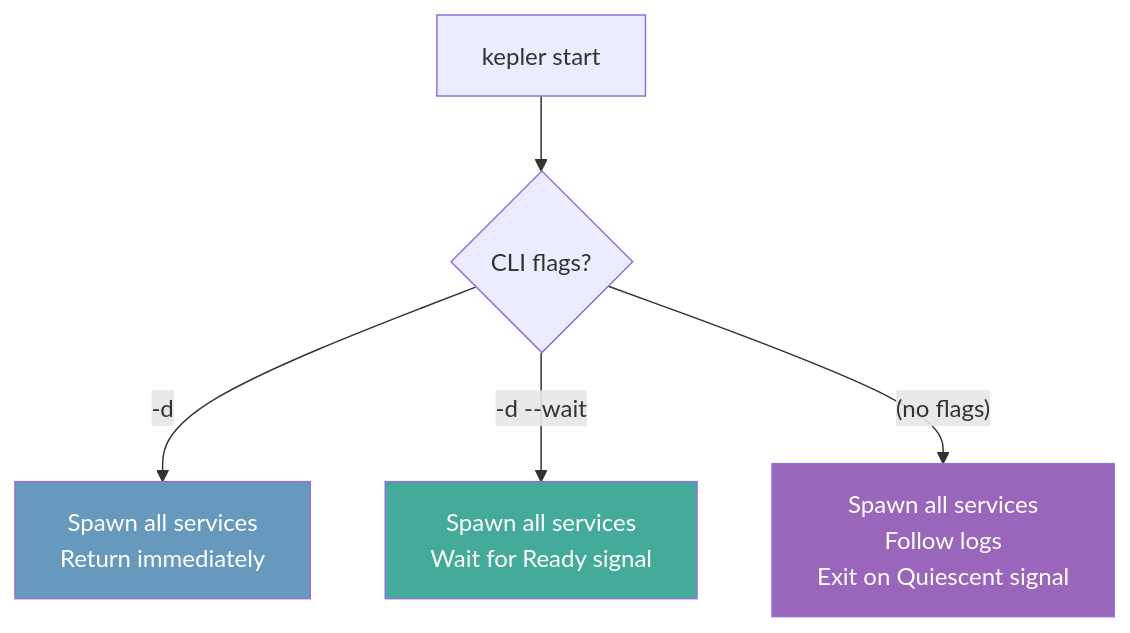
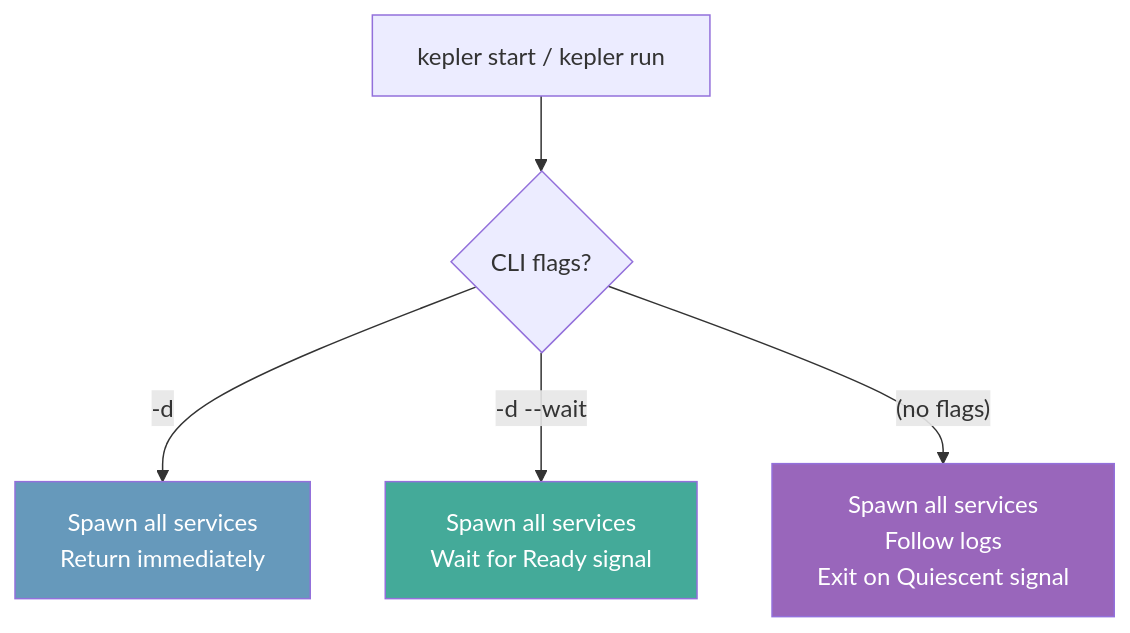
The eighth of 12 diagrams in docs/architecture.md (maleus-ai/kepler), drawn with Mermaid before and after one commit. The commit also changed other lines of this file and 34 other files, not shown here.

Commit message:
Add kepler run command

````diff
--- a/docs/architecture.md
+++ b/docs/architecture.md
@@ -353,15 +387,15 @@
 ```mermaid
 flowchart TD
-    Start["kepler start"] --> Mode{"CLI flags?"}
+    Start["kepler start / kepler run"] --> Mode{"CLI flags?"}
     Mode -->|"-d"| Detached["Spawn all services
     Return immediately"]
     Mode -->|"-d --wait"| Wait["Spawn all services
     Wait for Ready signal"]
     Mode -->|"(no flags)"| FG["Spawn all services
     Follow logs
     Exit on Quiescent signal"]
 
     style Detached fill:#69b,color:#fff
     style Wait fill:#4a9,color:#fff
     style FG fill:#96b,color:#fff
 ```
````
